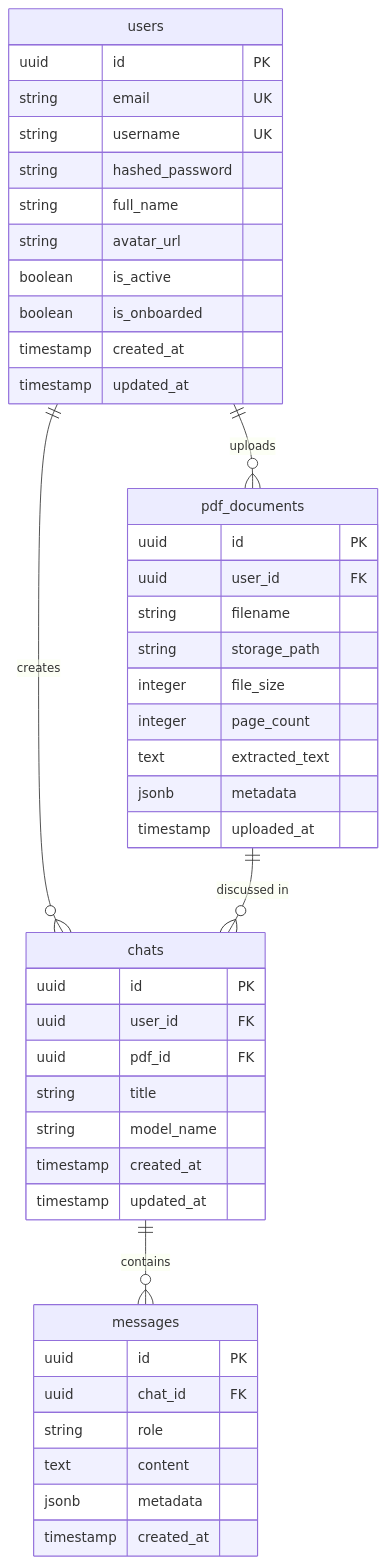
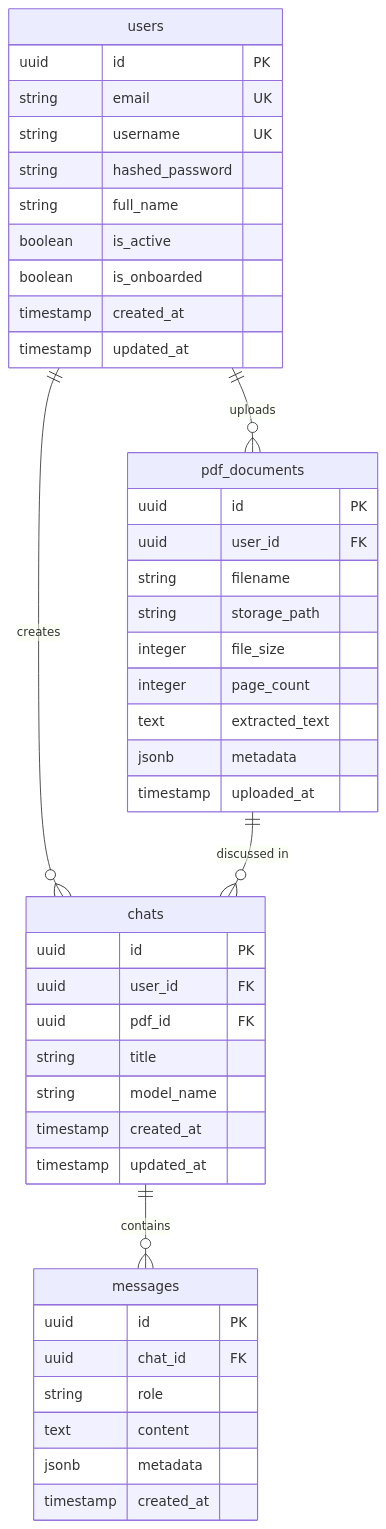
One commit to aayush-a27/FullstackLearning--React-and-FastApi changed the diagram in implementation_plan.md. Above: the diagram before and after it, drawn with Mermaid. The commit also changed 121 other files, not shown here.

````diff
--- a/implementation_plan.md
+++ b/implementation_plan.md
@@ -272,51 +272,50 @@
 ```mermaid
 erDiagram
     users {
         uuid id PK
         string email UK
         string username UK
         string hashed_password
         string full_name
-        string avatar_url
         boolean is_active
         boolean is_onboarded
         timestamp created_at
         timestamp updated_at
     }
     
     pdf_documents {
         uuid id PK
         uuid user_id FK
         string filename
         string storage_path
         integer file_size
         integer page_count
         text extracted_text
         jsonb metadata
         timestamp uploaded_at
     }
     
     chats {
         uuid id PK
         uuid user_id FK
         uuid pdf_id FK
         string title
         string model_name
         timestamp created_at
         timestamp updated_at
     }
     
     messages {
         uuid id PK
         uuid chat_id FK
         string role
         text content
         jsonb metadata
         timestamp created_at
     }
     
     users ||--o{ pdf_documents : uploads
     users ||--o{ chats : creates
     chats ||--o{ messages : contains
     pdf_documents ||--o{ chats : "discussed in"
 ```
````
